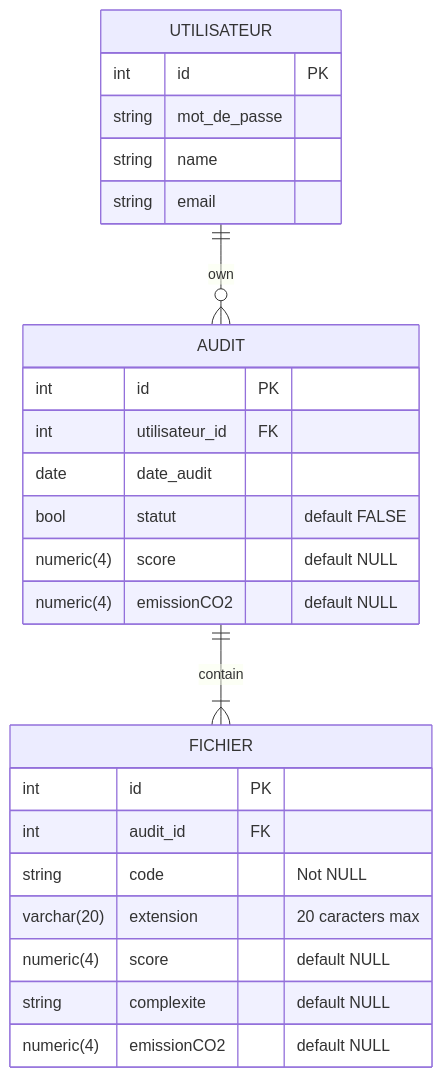
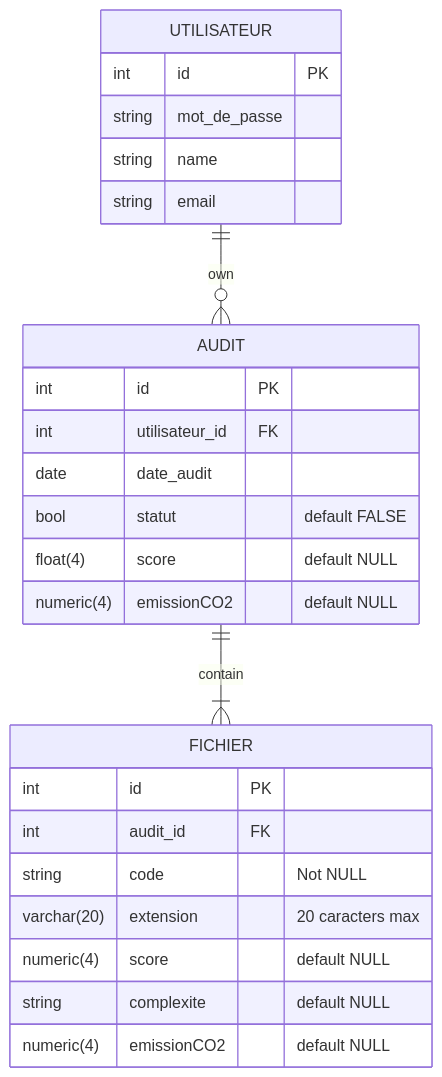
Before and after one commit to Tympwu/Projet-2A-Info-ENSAI: the diagram in doc/database_diagram.md, drawn with Mermaid.

Commit message:
Correction diagramme base de donnée

````diff
--- a/doc/database_diagram.md
+++ b/doc/database_diagram.md
@@ -16,29 +16,29 @@
 ```mermaid
 erDiagram
     UTILISATEUR ||--o{ AUDIT : own
     UTILISATEUR {
         int id PK
         string mot_de_passe
         string name
         string email
     }
     AUDIT ||--|{ FICHIER : contain
     AUDIT {
         int id PK
         int utilisateur_id FK
         date date_audit
         bool statut "default FALSE"
-        numeric(4) score "default NULL"
+        float(4) score "default NULL"
         numeric(4) emissionCO2 "default NULL"
     }
     FICHIER {
       int id PK
       int audit_id FK
       string code "Not NULL"
       varchar(20) extension "20 caracters max"
       numeric(4) score "default NULL"
       string complexite "default NULL"
       numeric(4) emissionCO2 "default NULL"
     }
 
 ```
````
